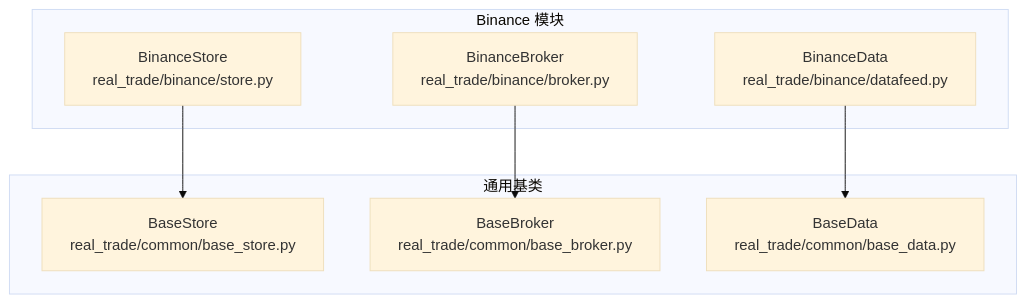
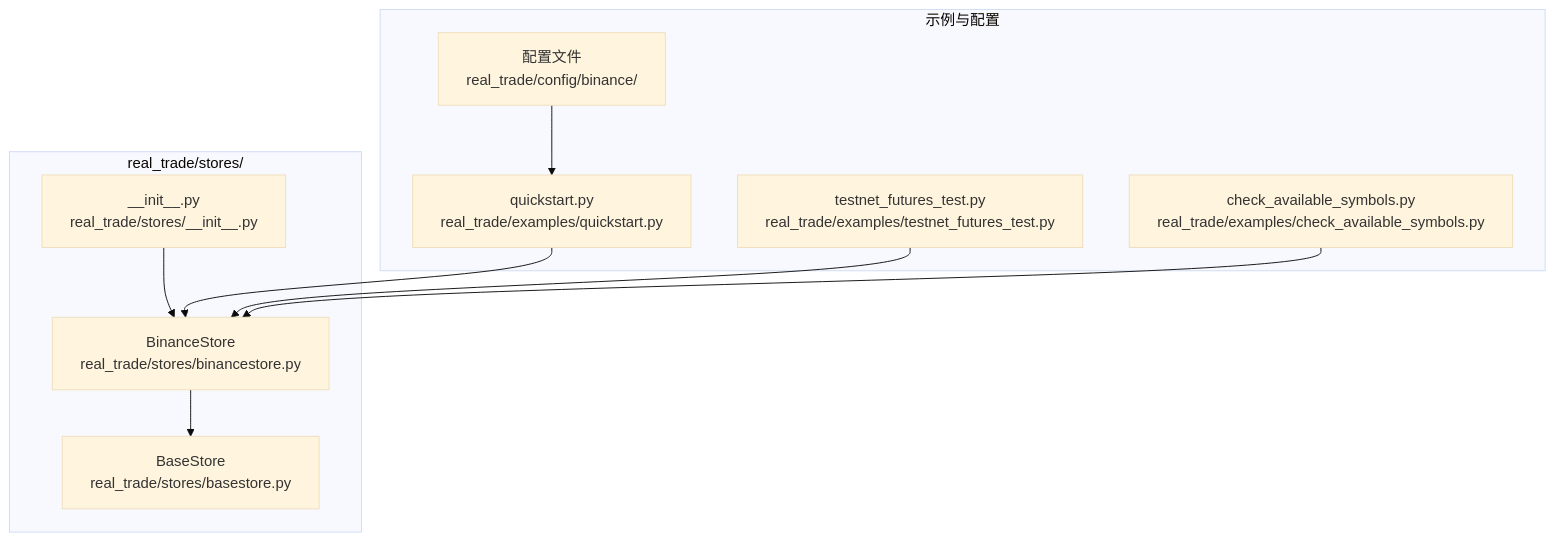
Before and after one commit to bench-prog/backtrader: the first of 6 diagrams in .qoder/repowiki/zh/content/实盘交易模块/Binance交易所集成/BinanceStore存储层.md, drawn with Mermaid (base theme). The commit also changed other lines of this file and 40 other files, not shown here.

````diff
--- a/.qoder/repowiki/zh/content/实盘交易模块/Binance交易所集成/BinanceStore存储层.md
+++ b/.qoder/repowiki/zh/content/实盘交易模块/Binance交易所集成/BinanceStore存储层.md
@@ -38,16 +45,22 @@
 ```mermaid
 graph TB
-subgraph "Binance 模块"
-BS["BinanceStore<br/>real_trade/binance/store.py"]
-BB["BinanceBroker<br/>real_trade/binance/broker.py"]
-BD["BinanceData<br/>real_trade/binance/datafeed.py"]
+subgraph "real_trade/stores/"
+BS["BinanceStore<br/>real_trade/stores/binancestore.py"]
+BSI["__init__.py<br/>real_trade/stores/__init__.py"]
 end
-subgraph "通用基类"
-BaseStore["BaseStore<br/>real_trade/common/base_store.py"]
-BaseBroker["BaseBroker<br/>real_trade/common/base_broker.py"]
-BaseData["BaseData<br/>real_trade/common/base_data.py"]
+subgraph "real_trade/stores/"
+BaseStore["BaseStore<br/>real_trade/stores/basestore.py"]
+end
+subgraph "示例与配置"
+QS["quickstart.py<br/>real_trade/examples/quickstart.py"]
+TFT["testnet_futures_test.py<br/>real_trade/examples/testnet_futures_test.py"]
+CAS["check_available_symbols.py<br/>real_trade/examples/check_available_symbols.py"]
+CFG["配置文件<br/>real_trade/config/binance/"]
 end
 BS --> BaseStore
-BB --> BaseBroker
-BD --> BaseData
+BSI --> BS
+QS --> BS
+TFT --> BS
+CAS --> BS
+CFG --> QS
 ```
````
